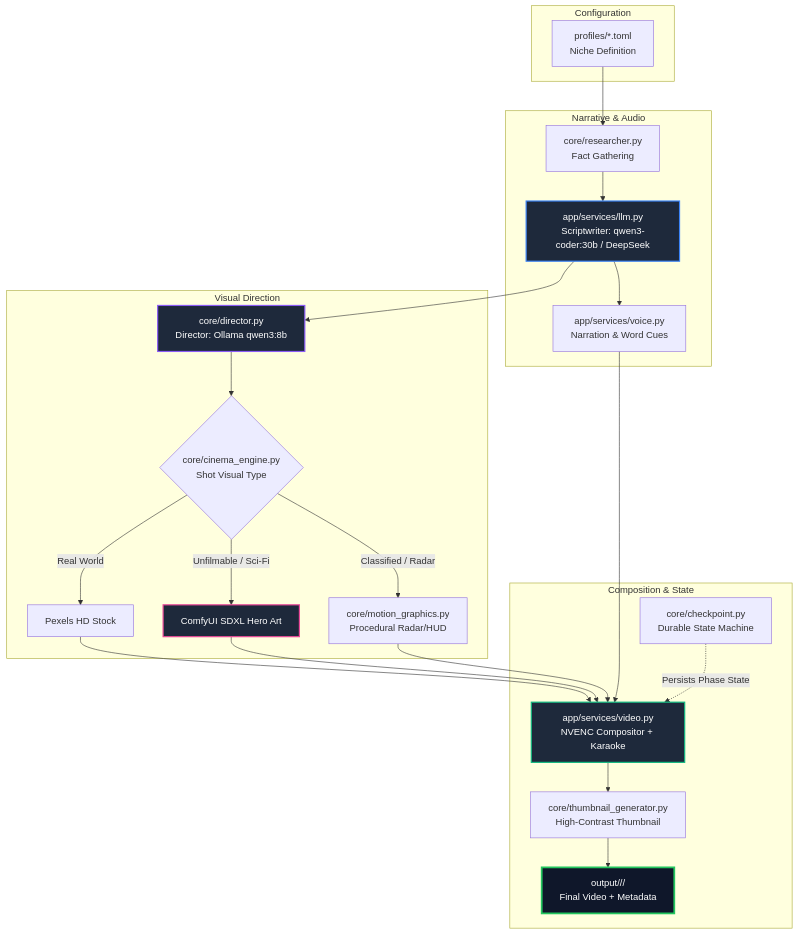
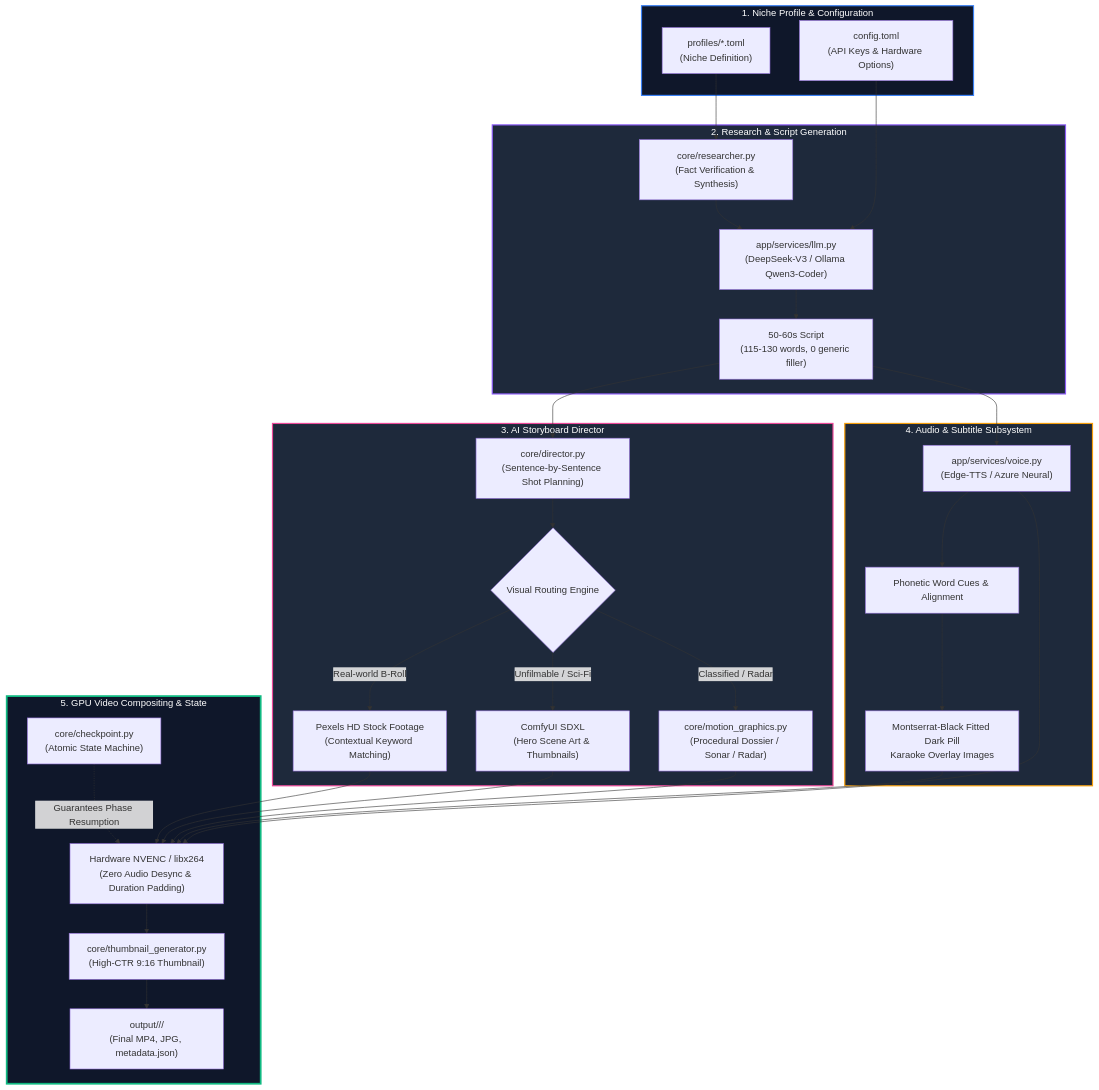
One commit to Joshualeexy/moneyprinter-studio changed the diagram in README.md. Above: the diagram before and after it, drawn with Mermaid. The commit also changed other lines of this file and 29 other files, not shown here.

Commit message:
feat(moneyprinter-studio): release autonomous cinema engine with 14 niche profiles, AI director, hardware NVENC, and complete technical documentation

````diff
--- a/README.md
+++ b/README.md
@@ -107,42 +129,59 @@
 ```mermaid
 flowchart TD
-    subgraph Configuration
-        P[profiles/*.toml\nNiche Definition]
+    subgraph CONFIG["1. Niche Profile & Configuration"]
+        P["profiles/*.toml\n(Niche Definition)"]
+        CFG["config.toml\n(API Keys & Hardware Options)"]
     end
 
-    subgraph Narrative & Audio
-        R[core/researcher.py\nFact Gathering]
-        S[app/services/llm.py\nScriptwriter: qwen3-coder:30b / DeepSeek]
-        V[app/services/voice.py\nNarration & Word Cues]
+    subgraph PRE_PROD["2. Research & Script Generation"]
+        RES["core/researcher.py\n(Fact Verification & Synthesis)"]
+        LLM["app/services/llm.py\n(DeepSeek-V3 / Ollama Qwen3-Coder)"]
+        SCRIPT["50-60s Script\n(115-130 words, 0 generic filler)"]
     end
 
-    subgraph Visual Direction
-        D[core/director.py\nDirector: Ollama qwen3:8b]
-        ROUTER{core/cinema_engine.py\nShot Visual Type}
-        STK[Pexels HD Stock]
-        SDXL[ComfyUI SDXL Hero Art]
-        MOG[core/motion_graphics.py\nProcedural Radar/HUD]
+    subgraph DIRECTION["3. AI Storyboard Director"]
+        DIR["core/director.py\n(Sentence-by-Sentence Shot Planning)"]
+        ROUTER{"Visual Routing Engine"}
+        STK["Pexels HD Stock Footage\n(Contextual Keyword Matching)"]
+        SDXL["ComfyUI SDXL\n(Hero Scene Art & Thumbnails)"]
+        MOG["core/motion_graphics.py\n(Procedural Dossier / Sonar / Radar)"]
     end
 
-    subgraph Composition & State
-        COMP[app/services/video.py\nNVENC Compositor + Karaoke]
-        THUMB[core/thumbnail_generator.py\nHigh-Contrast Thumbnail]
-        CHK[core/checkpoint.py\nDurable State Machine]
-        OUT[output/<niche>/<episode>/\nFinal Video + Metadata]
+    subgraph AUDIO_SUB["4. Audio & Subtitle Subsystem"]
+        TTS["app/services/voice.py\n(Edge-TTS / Azure Neural)"]
+        WORDS["Phonetic Word Cues & Alignment"]
+        KARAOKE["Montserrat-Black Fitted Dark Pill\nKaraoke Overlay Images"]
     end
 
-    P --> R --> S --> V
-    S --> D --> ROUTER
-    ROUTER -->|Real World| STK --> COMP
-    ROUTER -->|Unfilmable / Sci-Fi| SDXL --> COMP
-    ROUTER -->|Classified / Radar| MOG --> COMP
-    V --> COMP
-    COMP --> THUMB --> OUT
-    CHK -.->|Persists Phase State| COMP
+    subgraph COMPOSITOR["5. GPU Video Compositing & State"]
+        NVENC["Hardware NVENC / libx264\n(Zero Audio Desync & Duration Padding)"]
+        THUMB["core/thumbnail_generator.py\n(High-CTR 9:16 Thumbnail)"]
+        CHK["core/checkpoint.py\n(Atomic State Machine)"]
+        OUT["output/<niche>/<episode>/\n(Final MP4, JPG, metadata.json)"]
+    end
 
-    style S fill:#1e293b,stroke:#3b82f6,stroke-width:2px,color:#fff
-    style D fill:#1e293b,stroke:#8b5cf6,stroke-width:2px,color:#fff
-    style SDXL fill:#1e293b,stroke:#ec4899,stroke-width:2px,color:#fff
-    style COMP fill:#1e293b,stroke:#10b981,stroke-width:2px,color:#fff
-    style OUT fill:#0f172a,stroke:#22c55e,stroke-width:3px,color:#fff
+    P --> RES
+    CFG --> LLM
+    RES --> LLM --> SCRIPT
+    SCRIPT --> DIR --> ROUTER
+    SCRIPT --> TTS --> WORDS --> KARAOKE
+
+    ROUTER -->|Real-world B-Roll| STK
+    ROUTER -->|Unfilmable / Sci-Fi| SDXL
+    ROUTER -->|Classified / Radar| MOG
+
+    STK --> NVENC
+    SDXL --> NVENC
+    MOG --> NVENC
+    KARAOKE --> NVENC
+    TTS --> NVENC
+
+    CHK -.->|Guarantees Phase Resumption| NVENC
+    NVENC --> THUMB --> OUT
+
+    style CONFIG fill:#0f172a,stroke:#3b82f6,stroke-width:2px,color:#fff
+    style PRE_PROD fill:#1e293b,stroke:#8b5cf6,stroke-width:2px,color:#fff
+    style DIRECTION fill:#1e293b,stroke:#ec4899,stroke-width:2px,color:#fff
+    style AUDIO_SUB fill:#1e293b,stroke:#f59e0b,stroke-width:2px,color:#fff
+    style COMPOSITOR fill:#0f172a,stroke:#10b981,stroke-width:3px,color:#fff
 ```
````
